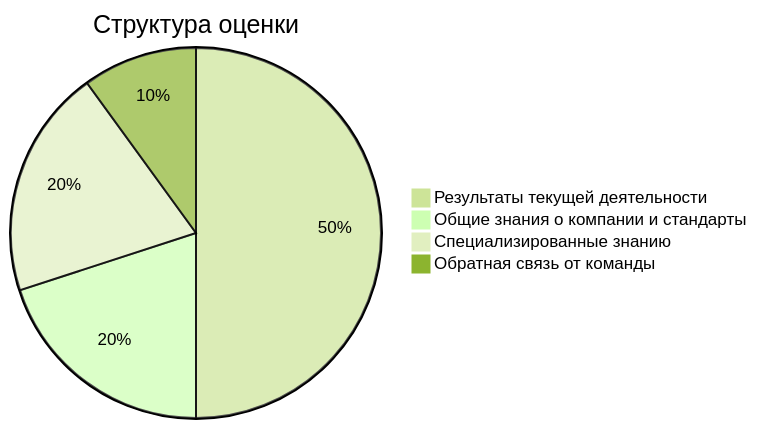
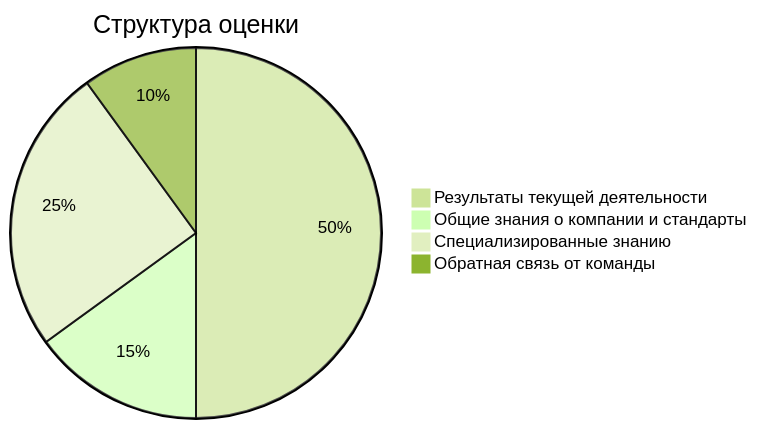
The second of 2 diagrams in AIOnborder/Этапы работы ассистента.md (Namelomax/AIOnborder), drawn with Mermaid (forest theme) before and after one commit.

Commit message:
vault backup: 2025-07-29 12:10:56

````diff
--- a/AIOnborder/Этапы работы ассистента.md
+++ b/AIOnborder/Этапы работы ассистента.md
@@ -75,8 +75,8 @@
   ```mermaid
   pie
     title Структура оценки
     "Результаты текущей деятельности" : 50
-    "Общие знания о компании и стандарты" : 20
-    "Специализированные знанию" : 20
+    "Общие знания о компании и стандарты" : 15
+    "Специализированные знанию" : 25
     "Обратная связь от команды" : 10
   ```
````
